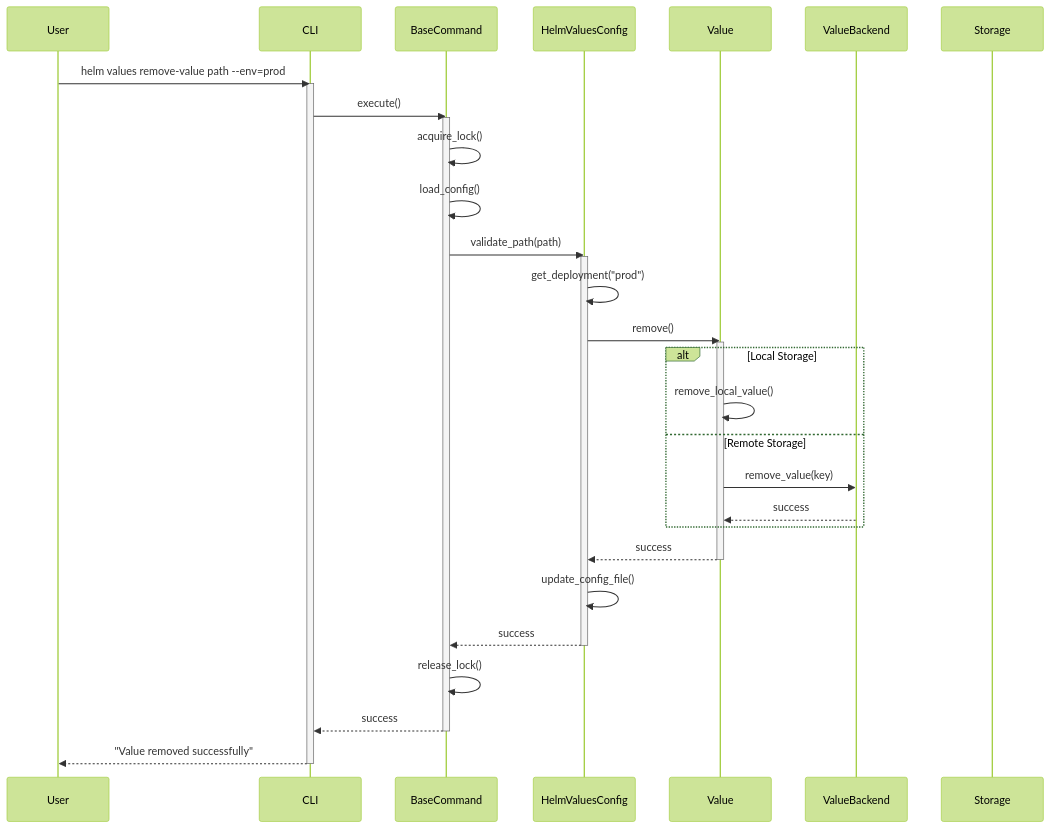
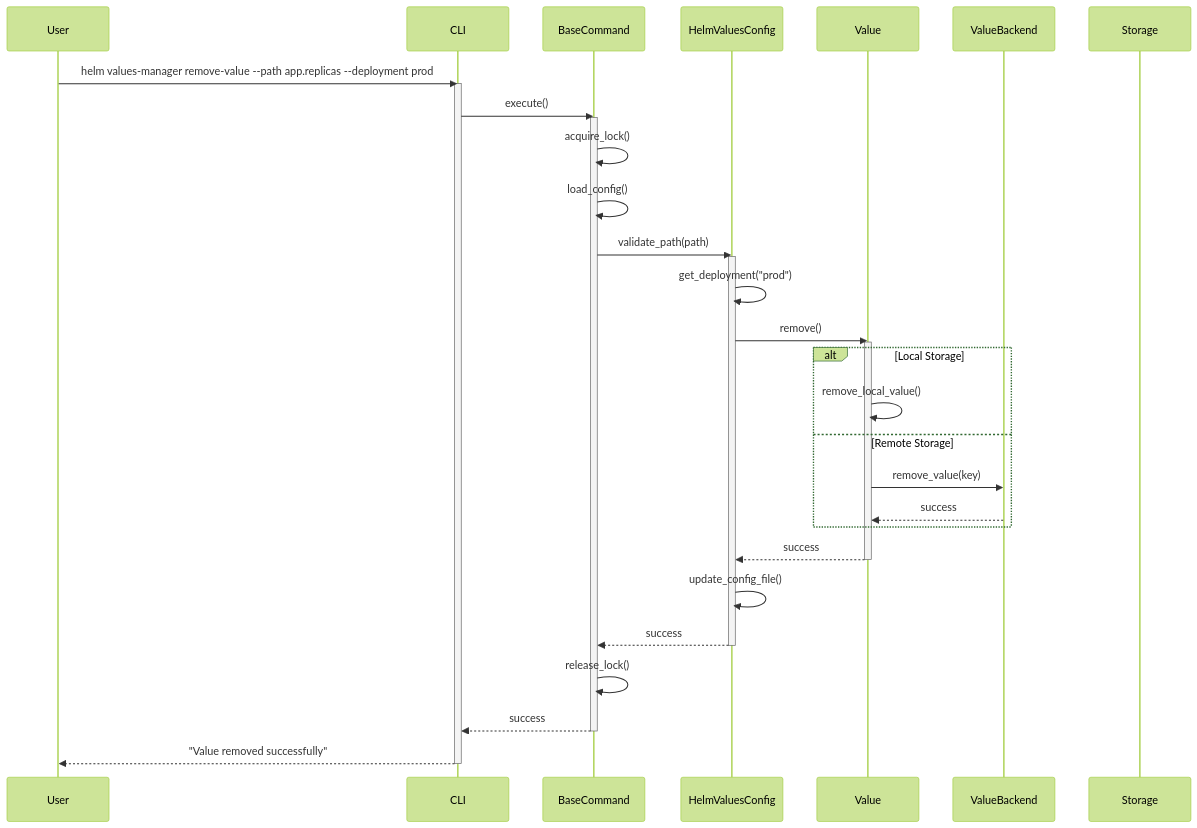
Before and after one commit to Zipstack/helm-values-manager: diagram 13 of 14 in docs/Design/sequence-diagrams.md, drawn with Mermaid (forest theme). The commit also changed other lines of this file, not shown here.

First line of the commit message:
docs: update sequence diagrams with correct command flags

````diff
--- a/docs/Design/sequence-diagrams.md
+++ b/docs/Design/sequence-diagrams.md
@@ -569,47 +569,47 @@
 ```mermaid
 sequenceDiagram
     participant User
     participant CLI
     participant BaseCommand
     participant HelmValuesConfig
     participant Value
     participant ValueBackend
     participant Storage
 
-    User->>CLI: helm values remove-value path --env=prod
+    User->>CLI: helm values-manager remove-value --path app.replicas --deployment prod
     activate CLI
 
     CLI->>BaseCommand: execute()
     activate BaseCommand
 
     BaseCommand->>BaseCommand: acquire_lock()
     BaseCommand->>BaseCommand: load_config()
     BaseCommand->>HelmValuesConfig: validate_path(path)
     activate HelmValuesConfig
 
     HelmValuesConfig->>HelmValuesConfig: get_deployment("prod")
 
     HelmValuesConfig->>Value: remove()
     activate Value
 
     alt Local Storage
         Value->>Value: remove_local_value()
     else Remote Storage
         Value->>ValueBackend: remove_value(key)
         ValueBackend-->>Value: success
     end
 
     Value-->>HelmValuesConfig: success
     deactivate Value
 
     HelmValuesConfig->>HelmValuesConfig: update_config_file()
     HelmValuesConfig-->>BaseCommand: success
     deactivate HelmValuesConfig
 
     BaseCommand->>BaseCommand: release_lock()
     BaseCommand-->>CLI: success
     deactivate BaseCommand
 
     CLI-->>User: "Value removed successfully"
     deactivate CLI
 ```
````
